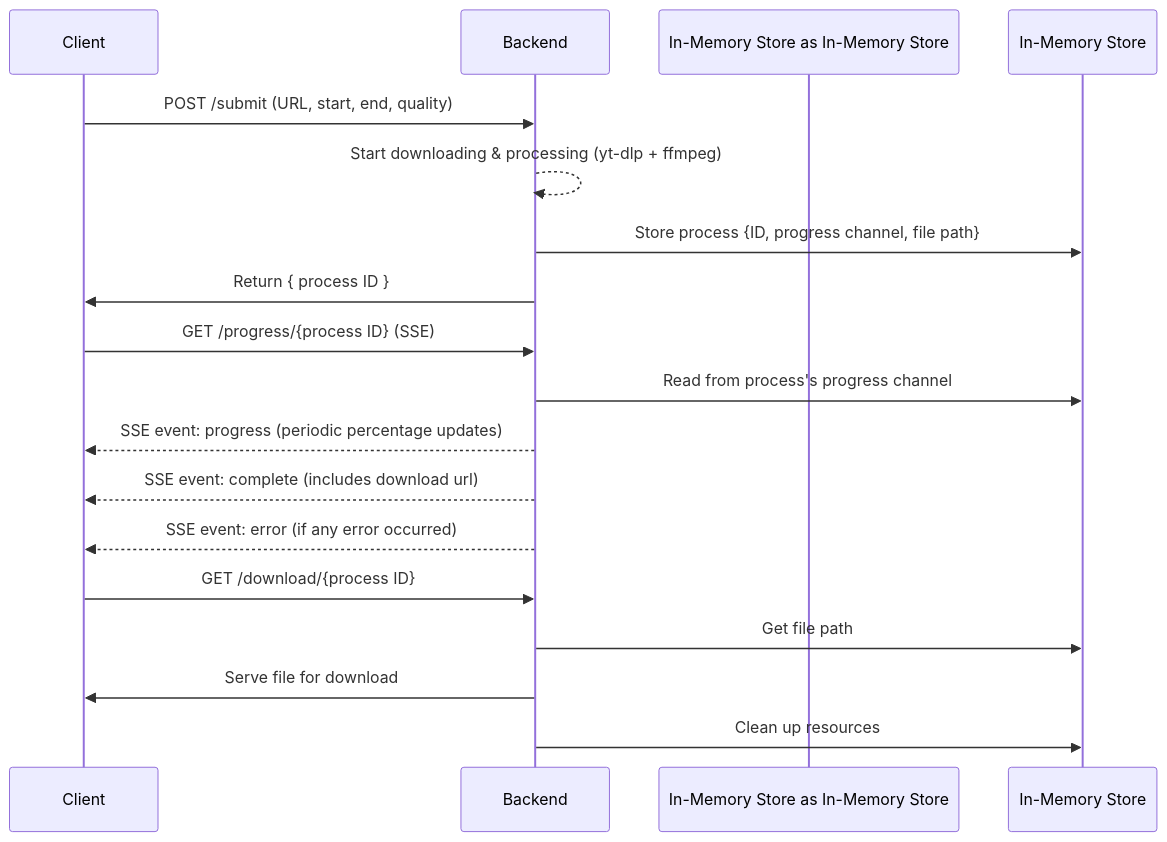
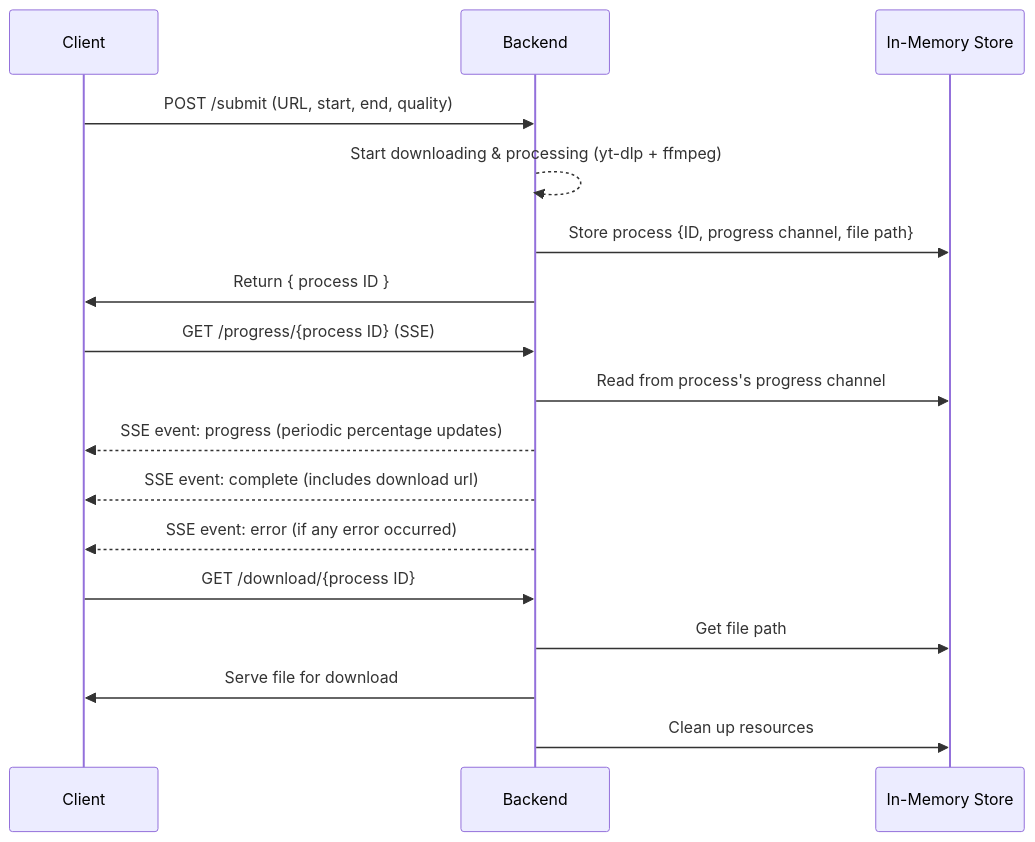
One commit to mohamedhesham1619/video-clipper changed the diagram in README.md. Above: the diagram before and after it, drawn with Mermaid. The commit also changed other lines of this file, not shown here.

Commit message:
docs: update README domain and fix workflow diagram on GitHub.
Point badge links to video-clipper.online and use a short Mermaid participant id so GitHub does not render a duplicate In-Memory Store column.

````diff
--- a/README.md
+++ b/README.md
@@ -65,33 +65,31 @@
 ```mermaid
 sequenceDiagram
-  participant Client as Client
-  participant Backend as Backend
-  participant In-Memory Store as In-Memory Store
+  participant Client
+  participant Backend
+  participant Store as In-Memory Store
 
   %% Submit Phase
   Client ->> Backend: POST /submit (URL, start, end, quality)
   Backend -->> Backend: Start downloading & processing (yt-dlp + ffmpeg)
-  Backend ->> In-Memory Store: Store process {ID, progress channel, file path}
+  Backend ->> Store: Store process {ID, progress channel, file path}
   Backend ->> Client: Return { process ID }
 
   %% Progress Phase (SSE stream)
   Client ->> Backend: GET /progress/{process ID} (SSE)
-  Backend ->> In-Memory Store: Read from process's progress channel
+  Backend ->> Store: Read from process's progress channel
 
   %% SSE Events
   Backend -->> Client: SSE event: progress (periodic percentage updates)
 
   %% Completion / Error
   Backend -->> Client: SSE event: complete (includes download url)
   Backend -->> Client: SSE event: error (if any error occurred)
 
-  
- 
   %% Client Download
   Client ->> Backend: GET /download/{process ID}
-  Backend ->> In-Memory Store: Get file path
+  Backend ->> Store: Get file path
   Backend ->> Client: Serve file for download
 
-  Backend ->> In-Memory Store: Clean up resources
+  Backend ->> Store: Clean up resources
 
 ```
````
